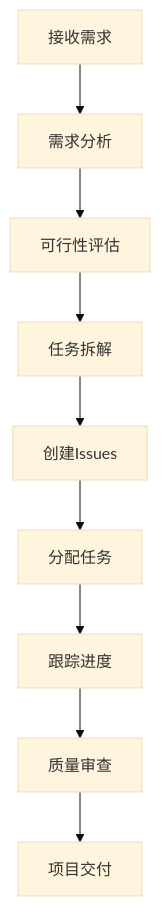
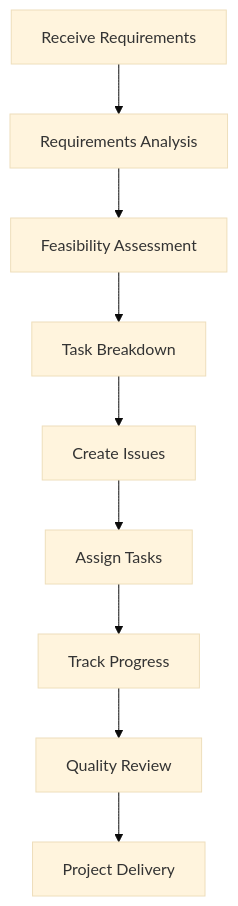
One commit to fallrising/bee_swarm changed the first of 5 diagrams in docs/level2/role-system.md. Above: the diagram before and after it, drawn with Mermaid (base theme). The commit also changed other lines of this file and 8 other files, not shown here.

````diff
--- a/docs/level2/role-system.md
+++ b/docs/level2/role-system.md
@@ -23,11 +23,11 @@
 ```mermaid
 graph TD
-    A[接收需求] --> B[需求分析]
-    B --> C[可行性评估]
-    C --> D[任务拆解]
-    D --> E[创建Issues]
-    E --> F[分配任务]
-    F --> G[跟踪进度]
-    G --> H[质量审查]
-    H --> I[项目交付]
+    A[Receive Requirements] --> B[Requirements Analysis]
+    B --> C[Feasibility Assessment]
+    C --> D[Task Breakdown]
+    D --> E[Create Issues]
+    E --> F[Assign Tasks]
+    F --> G[Track Progress]
+    G --> H[Quality Review]
+    H --> I[Project Delivery]
 ```
````
